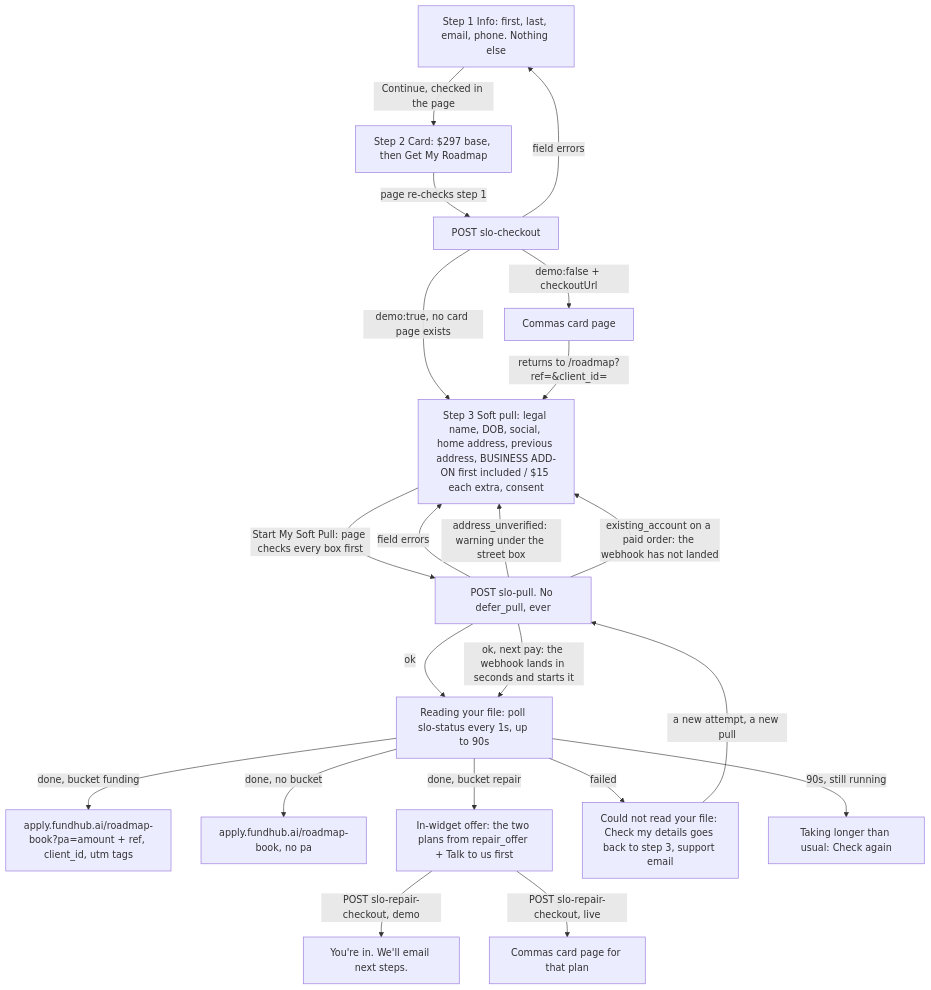
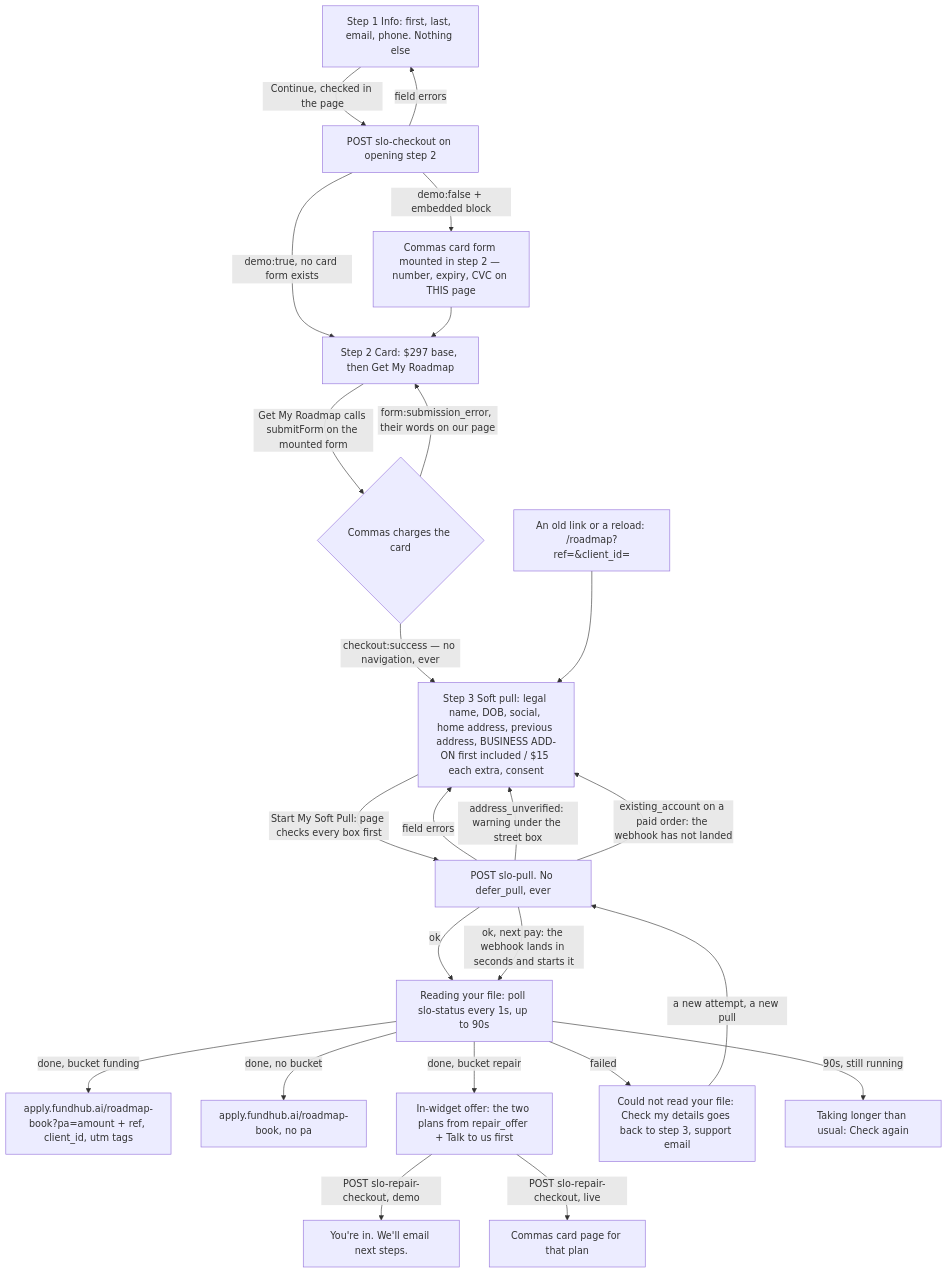
The second of 2 diagrams in docs/journeys/slo-roadmap-widget-flow.md (ZootimusMaximusSupreme/Fundhub_ai), drawn with Mermaid before and after one commit. The commit also changed other lines of this file and 3 other files, not shown here.

First line of the commit message:
fix(slo): size the /roadmap card form so the boxes are not cut off

````diff
--- a/docs/journeys/slo-roadmap-widget-flow.md
+++ b/docs/journeys/slo-roadmap-widget-flow.md
@@ -114,23 +114,26 @@
 ```mermaid
 flowchart TD
-    A[Step 1 Info: first, last, email, phone. Nothing else] -->|Continue, checked in the page| B[Step 2 Card: $297 base, then Get My Roadmap]
-    B -->|page re-checks step 1| C[POST slo-checkout]
+    A[Step 1 Info: first, last, email, phone. Nothing else] -->|Continue, checked in the page| C[POST slo-checkout on opening step 2]
     C -->|field errors| A
-    C -->|demo:true, no card page exists| S3
-    C -->|demo:false + checkoutUrl| G[Commas card page]
-    G -->|returns to /roadmap?ref=&client_id=| S3[Step 3 Soft pull: legal name, DOB, social, home address, previous address, BUSINESS ADD-ON first included / $15 each extra, consent]
+    C -->|demo:true, no card form exists| B
+    C -->|demo:false + embedded block| G[Commas card form mounted in step 2 — number, expiry, CVC on THIS page]
+    G --> B[Step 2 Card: $297 base, then Get My Roadmap]
+    B -->|Get My Roadmap calls submitForm on the mounted form| PAY{Commas charges the card}
+    PAY -->|form:submission_error, their words on our page| B
+    PAY -->|checkout:success — no navigation, ever| S3[Step 3 Soft pull: legal name, DOB, social, home address, previous address, BUSINESS ADD-ON first included / $15 each extra, consent]
+    OLD[An old link or a reload: /roadmap?ref=&client_id=] --> S3
     S3 -->|Start My Soft Pull: page checks every box first| D[POST slo-pull. No defer_pull, ever]
     D -->|field errors| S3
     D -->|address_unverified: warning under the street box| S3
     D -->|existing_account on a paid order: the webhook has not landed| S3
     D -->|ok| F[Reading your file: poll slo-status every 1s, up to 90s]
     D -->|ok, next pay: the webhook lands in seconds and starts it| F
     F -->|done, bucket funding| H[apply.fundhub.ai/roadmap-book?pa=amount + ref, client_id, utm tags]
     F -->|done, no bucket| I[apply.fundhub.ai/roadmap-book, no pa]
     F -->|done, bucket repair| J[In-widget offer: the two plans from repair_offer + Talk to us first]
     F -->|failed| K[Could not read your file: Check my details goes back to step 3, support email]
     K -->|a new attempt, a new pull| D
     F -->|90s, still running| L[Taking longer than usual: Check again]
     J -->|POST slo-repair-checkout, demo| M[You're in. We'll email next steps.]
     J -->|POST slo-repair-checkout, live| N[Commas card page for that plan]
 ```
````
